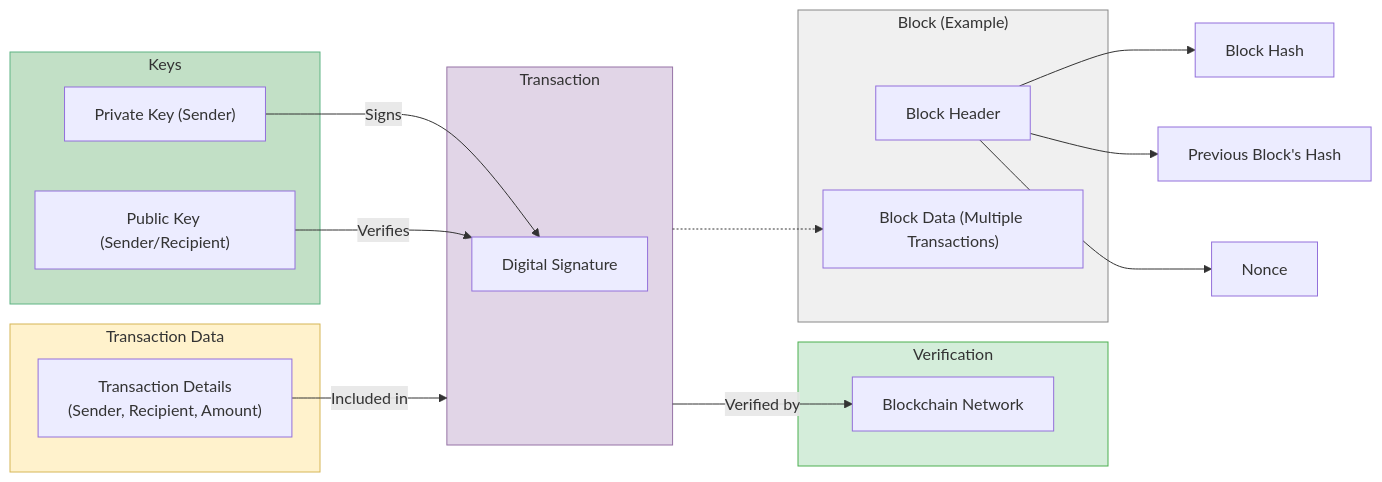
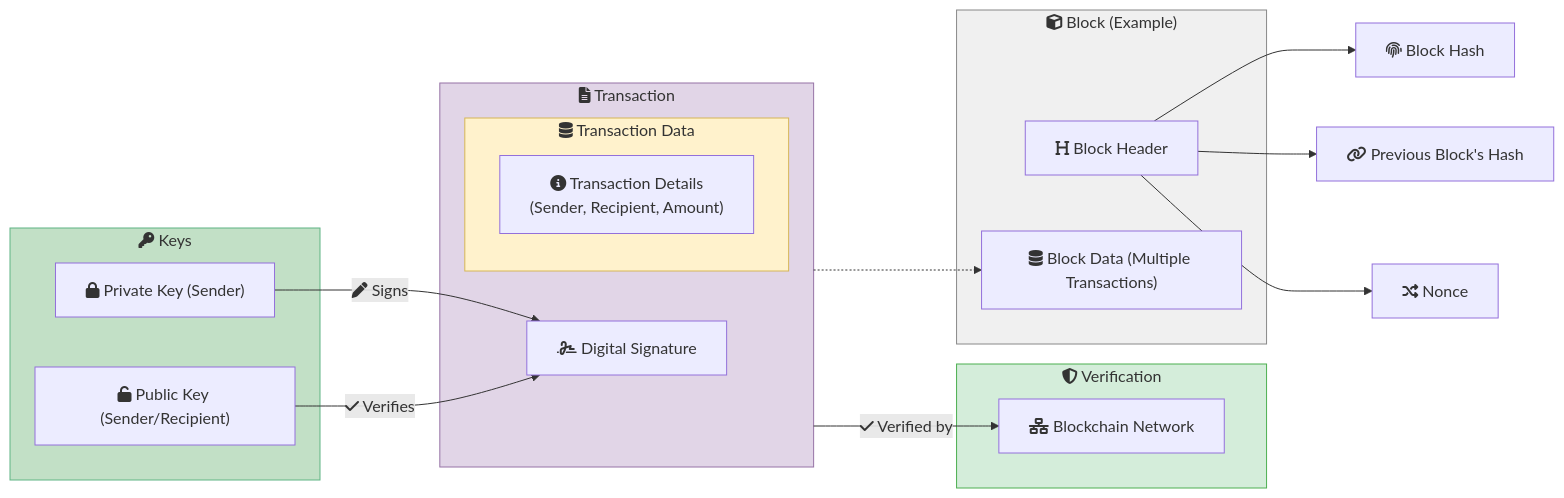
The first of 22 diagrams in _posts/2024-07-06-blockchain-for-dummies.md (kelvin-bz/blog), drawn with Mermaid before and after one commit. The commit also changed other lines of this file, not shown here.

````diff
--- a/_posts/2024-07-06-blockchain-for-dummies.md
+++ b/_posts/2024-07-06-blockchain-for-dummies.md
@@ -15,40 +15,39 @@
 ```mermaid
 graph LR
-    subgraph TransactionData["Transaction Data"]
+
+    subgraph Keys["fa:fa-key Keys"]
+        style Keys fill:#C2E0C6,stroke:#5FB483
+        PrivateKey["fa:fa-lock Private Key (Sender)"]
+        PublicKey["fa:fa-unlock Public Key (Sender/Recipient)"]
+    end
+    PrivateKey --"fa:fa-pen Signs"--> TransactionSignature
+    PublicKey --"fa:fa-check Verifies"--> TransactionSignature
+
+    subgraph Transaction["fa:fa-file-alt Transaction"]
+      style Transaction fill:#E1D5E7,stroke:#9673A6
+      TransactionSignature["fa:fa-signature Digital Signature"]
+      subgraph TransactionData["fa:fa-database Transaction Data"]
         style TransactionData fill:#FFF2CC,stroke:#D6B656
-        TransactionDetails["Transaction Details<br/>(Sender, Recipient, Amount)"]
+        TransactionDetails["fa:fa-info-circle Transaction Details<br/>(Sender, Recipient, Amount)"]
+    end
     end
 
-    subgraph Keys["Keys"]
-        style Keys fill:#C2E0C6,stroke:#5FB483
-        PrivateKey["Private Key (Sender)"]
-        PublicKey["Public Key (Sender/Recipient)"]
-    end
-    PrivateKey --"Signs"--> TransactionSignature
-    PublicKey --"Verifies"--> TransactionSignature
-    TransactionDetails --"Included in"--> Transaction
-
-    subgraph Transaction["Transaction"]
-      style Transaction fill:#E1D5E7,stroke:#9673A6
-      TransactionSignature["Digital Signature"]
+    subgraph Verification["fa:fa-shield-alt Verification"]
+      style Verification fill:#D4EDDA,stroke:#4CAF50
+      BlockchainNetwork["fa:fa-network-wired Blockchain Network"]
     end
 
-    subgraph Verification["Verification"]
-      style Verification fill:#D4EDDA,stroke:#4CAF50
-      BlockchainNetwork["Blockchain Network"]
-    end
+    Transaction --"fa:fa-check Verified by"--> BlockchainNetwork
 
-    Transaction --"Verified by"--> BlockchainNetwork
-
-
-    subgraph Block["Block (Example)"]
+    subgraph Block["fa:fa-cube Block (Example)"]
         style Block fill:#F0F0F0,stroke:#888888
-        BlockHeader["Block Header"]
-        BlockData["Block Data (Multiple Transactions)"]
+        BlockHeader["fa:fa-header Block Header"]
+        BlockData["fa:fa-database Block Data (Multiple Transactions)"]
     end
 
     Transaction -.-> BlockData
-    BlockHeader --> BlockHash["Block Hash"]
-    BlockHeader --> PreviousBlockHash["Previous Block's Hash"]
-    BlockHeader --> Nonce["Nonce"]
+    BlockHeader --> BlockHash["fa:fa-fingerprint Block Hash"]
+    BlockHeader --> PreviousBlockHash["fa:fa-link Previous Block's Hash"]
+    BlockHeader --> Nonce["fa:fa-random Nonce"]
+
 ```
````
